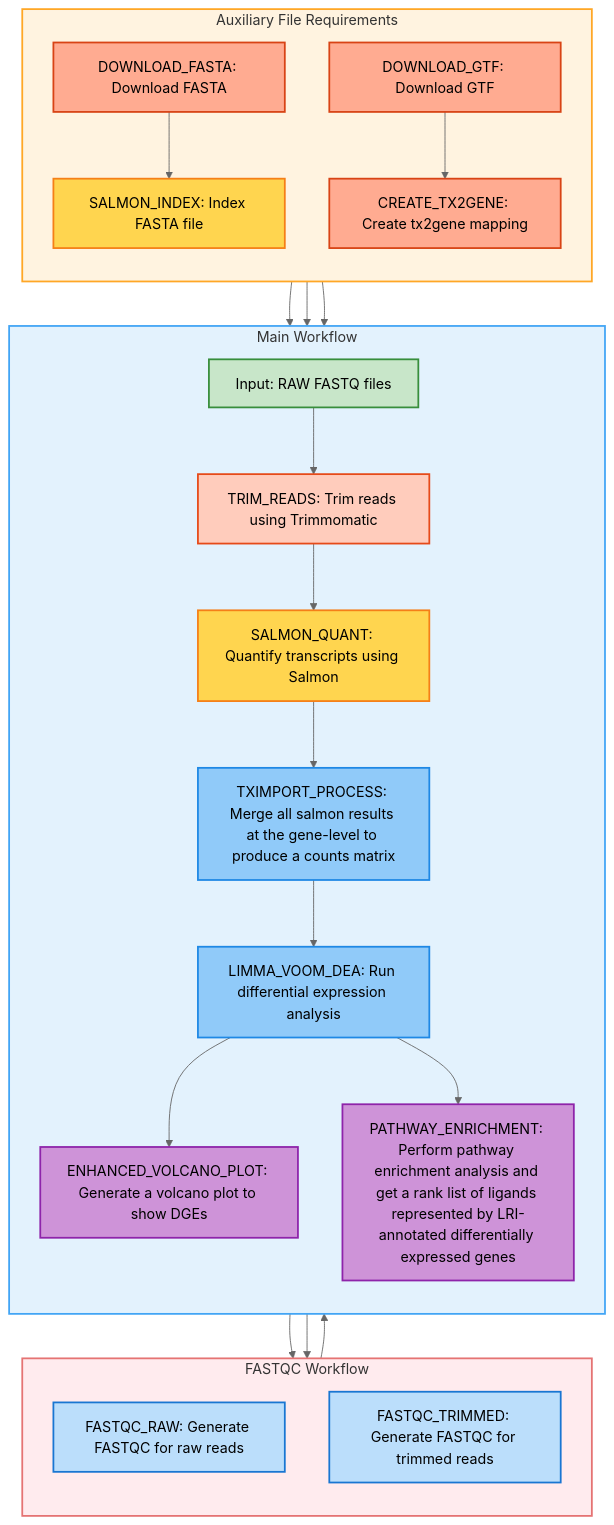
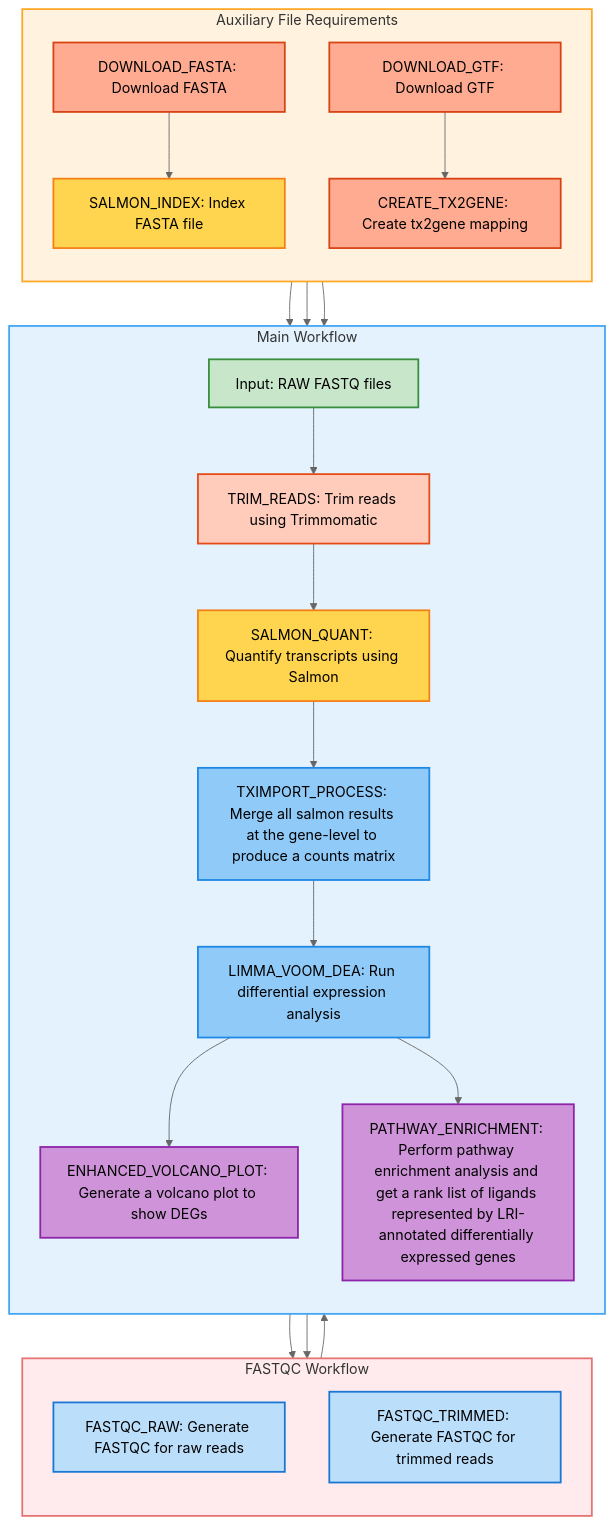
One commit to jeffstang/biof501-pipeline_proteomics changed the diagram in README.md. Above: the diagram before and after it, drawn with Mermaid (neutral theme). The commit also changed other lines of this file and 1 other file, not shown here.

Commit message:
update README with more info on usage, add a quickstart to show how to launch the pipeline

````diff
--- a/README.md
+++ b/README.md
@@ -39,51 +40,51 @@
 ```mermaid
 graph TD
     %% Main Workflow
     subgraph MAIN_WORKFLOW ["Main Workflow"]
         direction TB
         RAW_FASTQ[Input: RAW FASTQ files] --> TRIM[TRIM_READS: Trim reads using Trimmomatic]
         TRIM --> SALMON_QUANT[SALMON_QUANT: Quantify transcripts using Salmon]
         SALMON_QUANT --> TXIMPORT[TXIMPORT_PROCESS: Merge all salmon results at the gene-level to produce a counts matrix]
         TXIMPORT --> DEA[LIMMA_VOOM_DEA: Run differential expression analysis]
-        DEA --> VOLCANO[ENHANCED_VOLCANO_PLOT: Generate a volcano plot to show DGEs]
+        DEA --> VOLCANO[ENHANCED_VOLCANO_PLOT: Generate a volcano plot to show DEGs]
         DEA --> PATHWAY[PATHWAY_ENRICHMENT: Perform pathway enrichment analysis and get a rank list of ligands represented by LRI-annotated differentially expressed genes]
     end
 
     %% FASTQC Workflow
     subgraph FASTQC_WORKFLOW ["FASTQC Workflow"]
         direction TB
         RAW_FASTQ --> FASTQC_RAW[FASTQC_RAW: Generate FASTQC for raw reads] 
         FASTQC_RAW --> TRIM
         TRIM --> FASTQC_TRIMMED[FASTQC_TRIMMED: Generate FASTQC for trimmed reads]
     end
 
     %% SALMON Workflow
     subgraph SALMON_WORKFLOW ["Auxiliary File Requirements"]
         direction TB
         DOWNLOAD_FASTA[DOWNLOAD_FASTA: Download FASTA] --> SALMON_INDEX[SALMON_INDEX: Index FASTA file]
         DOWNLOAD_GTF[DOWNLOAD_GTF: Download GTF] --> CREATE_TX2GENE[CREATE_TX2GENE: Create tx2gene mapping]
         SALMON_INDEX --> SALMON_QUANT
         DOWNLOAD_GTF --> SALMON_QUANT
         CREATE_TX2GENE --> TXIMPORT
     end
 
     %% Styling
     style MAIN_WORKFLOW fill:#E3F2FD,stroke:#42A5F5,stroke-width:2px
     style FASTQC_WORKFLOW fill:#FFEBEE,stroke:#E57373,stroke-width:2px
     style SALMON_WORKFLOW fill:#FFF3E0,stroke:#FFA726,stroke-width:2px
     
     %% Input and Styling
     style RAW_FASTQ fill:#C8E6C9,stroke:#388E3C,stroke-width:2px
     style FASTQC_RAW fill:#BBDEFB,stroke:#1976D2,stroke-width:2px
     style FASTQC_TRIMMED fill:#BBDEFB,stroke:#1976D2,stroke-width:2px
     style TRIM fill:#FFCCBC,stroke:#E64A19,stroke-width:2px
     style SALMON_INDEX fill:#FFD54F,stroke:#F57F17,stroke-width:2px
     style SALMON_QUANT fill:#FFD54F,stroke:#F57F17,stroke-width:2px
     style DOWNLOAD_FASTA fill:#FFAB91,stroke:#D84315,stroke-width:2px
     style DOWNLOAD_GTF fill:#FFAB91,stroke:#D84315,stroke-width:2px
     style CREATE_TX2GENE fill:#FFAB91,stroke:#D84315,stroke-width:2px
     style TXIMPORT fill:#90CAF9,stroke:#1E88E5,stroke-width:2px
     style DEA fill:#90CAF9,stroke:#1E88E5,stroke-width:2px
     style VOLCANO fill:#CE93D8,stroke:#8E24AA,stroke-width:2px
     style PATHWAY fill:#CE93D8,stroke:#8E24AA,stroke-width:2px
 ```
````
